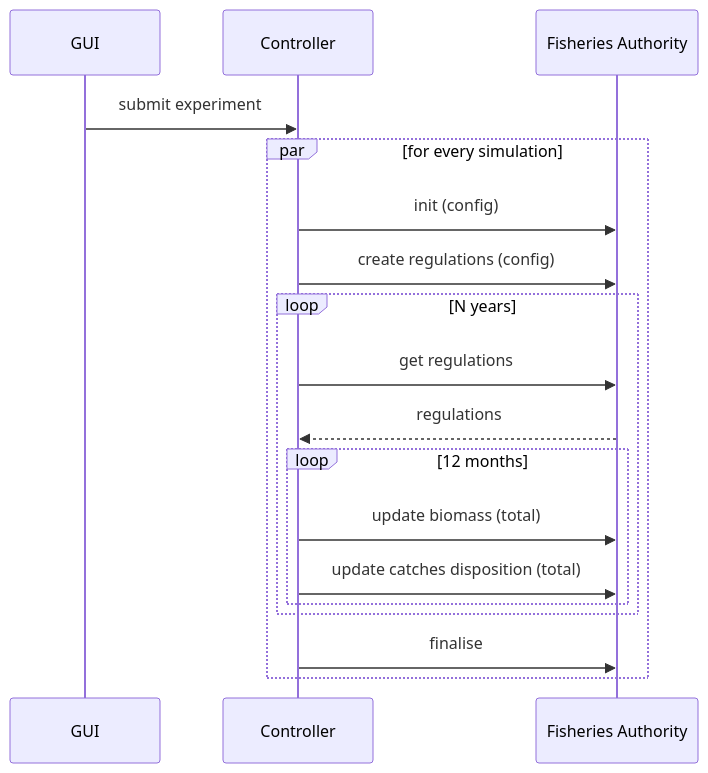
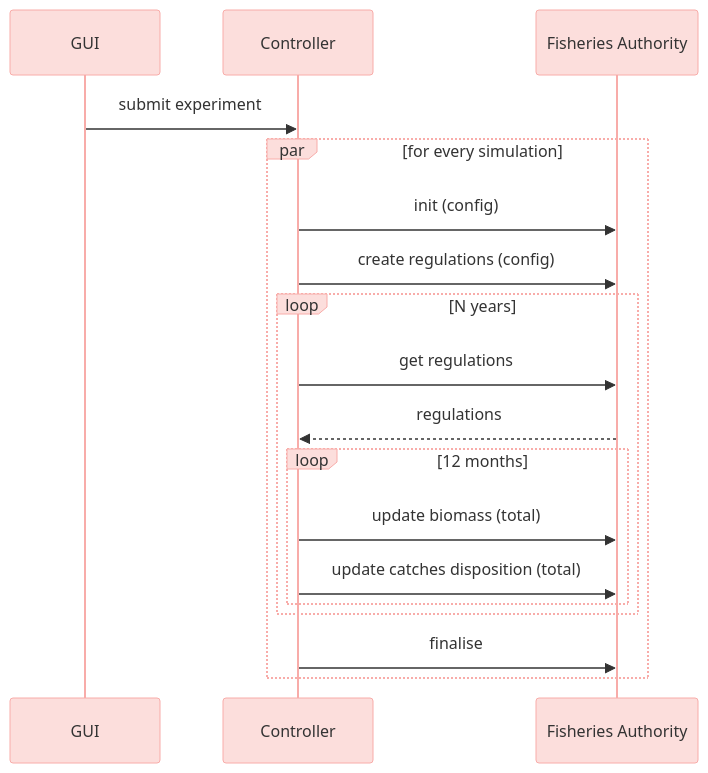
One commit to SURIMI-Project/SURIMI-project changed the diagram in deliverables/D3.8 - MSE policy model/D3.8 - MSE policy model.md. Above: the diagram before and after it, drawn with Mermaid. The commit also changed 7 other files, not shown here.

First line of the commit message:
Use SURIMI pink for Mermaid diagrams in all deliverables

````diff
--- a/deliverables/D3.8 - MSE policy model/D3.8 - MSE policy model.md
+++ b/deliverables/D3.8 - MSE policy model/D3.8 - MSE policy model.md
@@ -55,32 +55,33 @@
 ```mermaid
+%%{init: {'theme': 'base', 'themeVariables': {'primaryColor': '#FCDEDC', 'primaryBorderColor': '#F8ACA9', 'edgeLabelBackground': '#FFFFFF'}}}%%
 
  sequenceDiagram
 
     participant GUI
     participant Controller
     participant Fisheries Authority
 
     %% Initialisation %%
     %% this is the init %%
     GUI ->> Controller: submit experiment
     par for every simulation
 
     Controller ->> Fisheries Authority: init (config)
 
     %% Simulation %%
     %% starting the simulation %%
 
     Controller ->> Fisheries Authority: create regulations (config)
 
     loop N years
         Controller ->> Fisheries Authority: get regulations
         Fisheries Authority -->> Controller: regulations
         loop 12 months
             Controller ->> Fisheries Authority: update biomass (total)
             Controller ->> Fisheries Authority: update catches disposition (total)
         end
     end
     Controller ->> Fisheries Authority: finalise
 end
 
 ```
````
